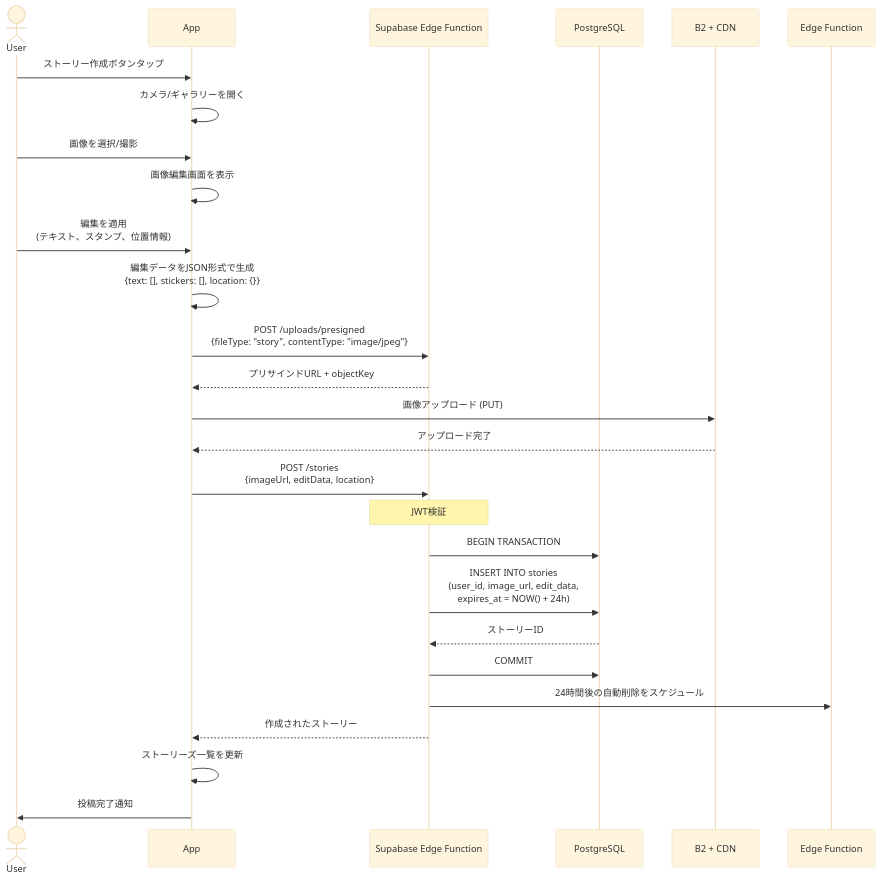
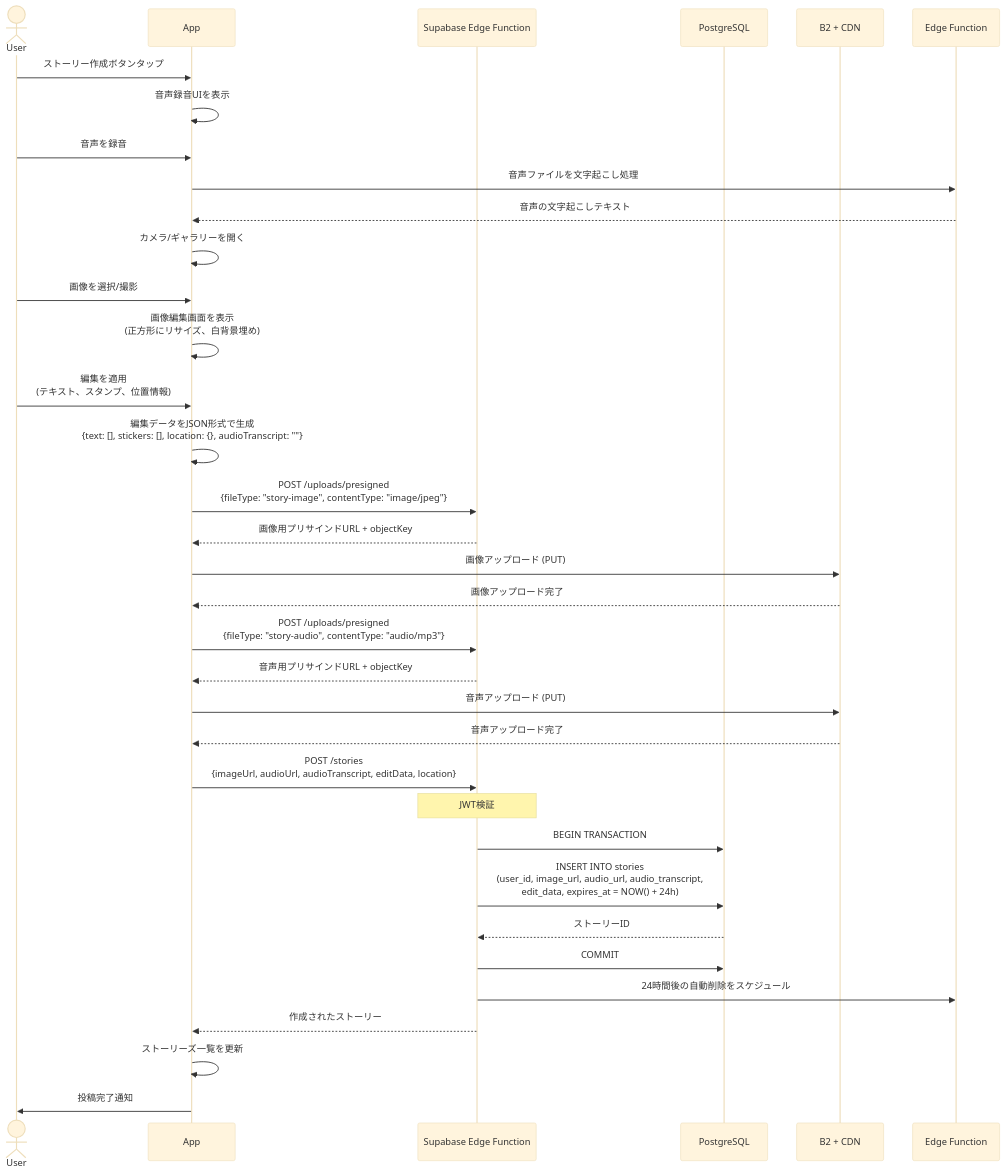
Before and after one commit to okap-goldman/kanushi: the second of 6 diagrams in doc/sequences/10_stories.md, drawn with Mermaid (base theme). The commit also changed other lines of this file and 88 other files, not shown here.

````diff
--- a/doc/sequences/10_stories.md
+++ b/doc/sequences/10_stories.md
@@ -37,43 +37,55 @@
 ```mermaid
 sequenceDiagram
     actor User
     participant App
     participant API as Supabase Edge Function
     participant DB as PostgreSQL
     participant Storage as B2 + CDN
     participant Function as Edge Function
 
     User->>App: ストーリー作成ボタンタップ
+    App->>App: 音声録音UIを表示
+    User->>App: 音声を録音
+    
+    App->>Function: 音声ファイルを文字起こし処理
+    Function-->>App: 音声の文字起こしテキスト
+    
     App->>App: カメラ/ギャラリーを開く
     User->>App: 画像を選択/撮影
     
-    App->>App: 画像編集画面を表示
+    App->>App: 画像編集画面を表示<br/>(正方形にリサイズ、白背景埋め)
     User->>App: 編集を適用<br/>(テキスト、スタンプ、位置情報)
     
-    App->>App: 編集データをJSON形式で生成<br/>{text: [], stickers: [], location: {}}
+    App->>App: 編集データをJSON形式で生成<br/>{text: [], stickers: [], location: {}, audioTranscript: ""}
     
-    App->>API: POST /uploads/presigned<br/>{fileType: "story", contentType: "image/jpeg"}
-    API-->>App: プリサインドURL + objectKey
+    App->>API: POST /uploads/presigned<br/>{fileType: "story-image", contentType: "image/jpeg"}
+    API-->>App: 画像用プリサインドURL + objectKey
     
     App->>Storage: 画像アップロード (PUT)
-    Storage-->>App: アップロード完了
+    Storage-->>App: 画像アップロード完了
     
-    App->>API: POST /stories<br/>{imageUrl, editData, location}
+    App->>API: POST /uploads/presigned<br/>{fileType: "story-audio", contentType: "audio/mp3"}
+    API-->>App: 音声用プリサインドURL + objectKey
+    
+    App->>Storage: 音声アップロード (PUT)
+    Storage-->>App: 音声アップロード完了
+    
+    App->>API: POST /stories<br/>{imageUrl, audioUrl, audioTranscript, editData, location}
     
     Note over API: JWT検証
     
     API->>DB: BEGIN TRANSACTION
     
-    API->>DB: INSERT INTO stories<br/>(user_id, image_url, edit_data,<br/>expires_at = NOW() + 24h)
+    API->>DB: INSERT INTO stories<br/>(user_id, image_url, audio_url, audio_transcript,<br/>edit_data, expires_at = NOW() + 24h)
     
     DB-->>API: ストーリーID
     
     API->>DB: COMMIT
     
     API->>Function: 24時間後の自動削除をスケジュール
     
     API-->>App: 作成されたストーリー
     
     App->>App: ストーリーズ一覧を更新
     App->>User: 投稿完了通知
 ```
````
